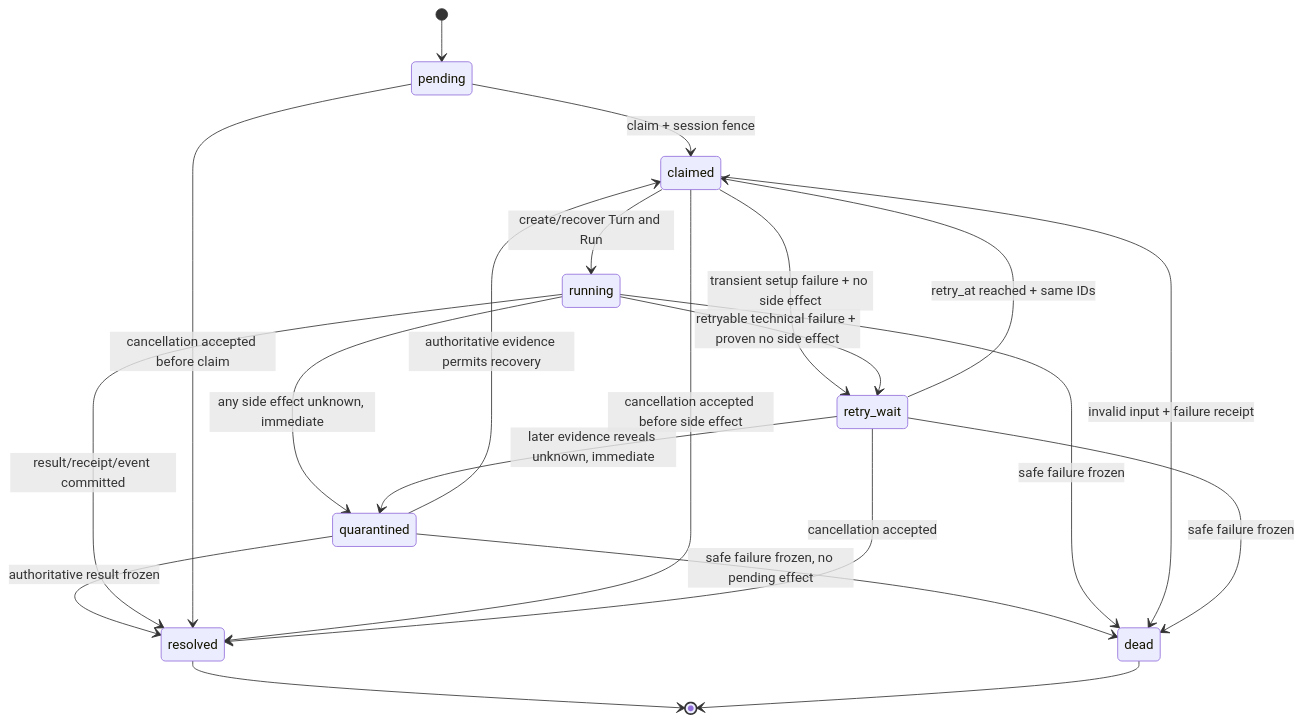
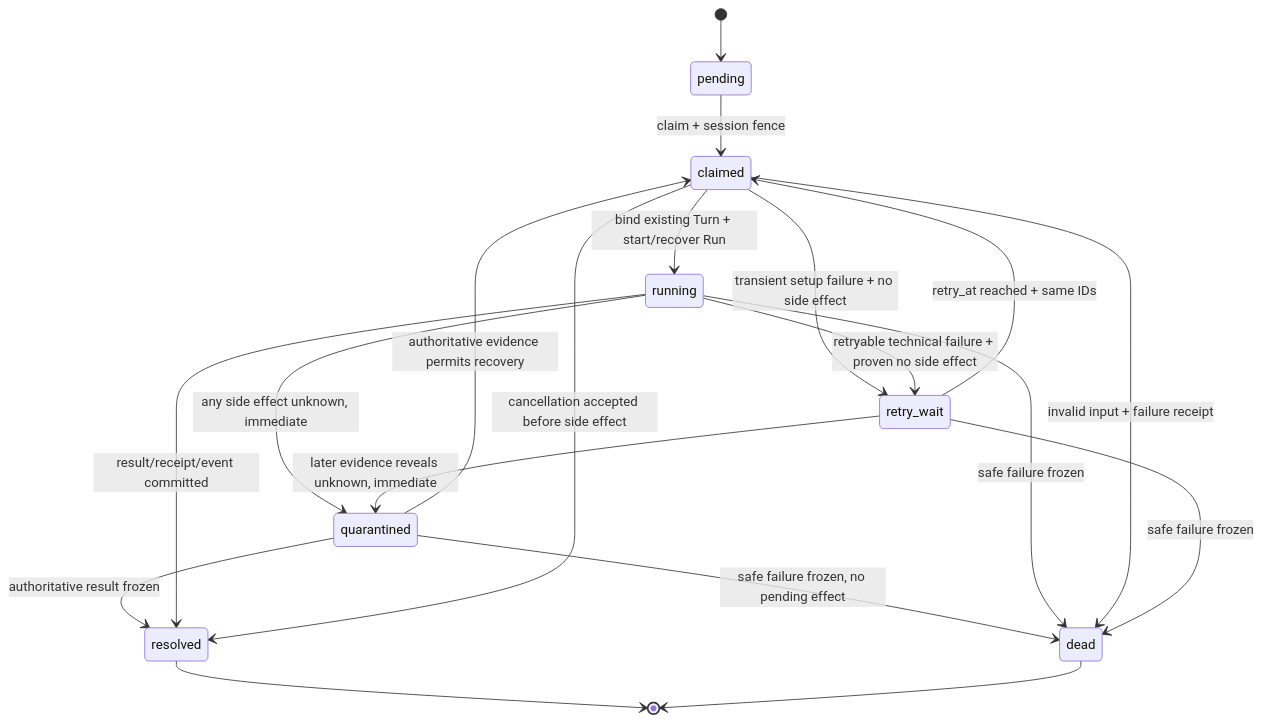
Before and after one commit to FigoGoo/Dora-Agent: the third of 4 diagrams in docs/design/agent/runner-session-lane-review-v1.md, drawn with Mermaid. The commit also changed other lines of this file and 5 other files, not shown here.

````diff
--- a/docs/design/agent/runner-session-lane-review-v1.md
+++ b/docs/design/agent/runner-session-lane-review-v1.md
@@ -334,23 +335,21 @@
 ```mermaid
 stateDiagram-v2
     [*] --> pending
     pending --> claimed: claim + session fence
-    claimed --> running: create/recover Turn and Run
+    claimed --> running: bind existing Turn + start/recover Run
     claimed --> retry_wait: transient setup failure + no side effect
     running --> retry_wait: retryable technical failure + proven no side effect
     retry_wait --> claimed: retry_at reached + same IDs
     running --> quarantined: any side effect unknown, immediate
     retry_wait --> quarantined: later evidence reveals unknown, immediate
     quarantined --> claimed: authoritative evidence permits recovery
     quarantined --> resolved: authoritative result frozen
     quarantined --> dead: safe failure frozen, no pending effect
     running --> resolved: result/receipt/event committed
-    pending --> resolved: cancellation accepted before claim
     claimed --> resolved: cancellation accepted before side effect
-    retry_wait --> resolved: cancellation accepted
     running --> dead: safe failure frozen
     claimed --> dead: invalid input + failure receipt
     retry_wait --> dead: safe failure frozen
     resolved --> [*]
     dead --> [*]
 ```
````
